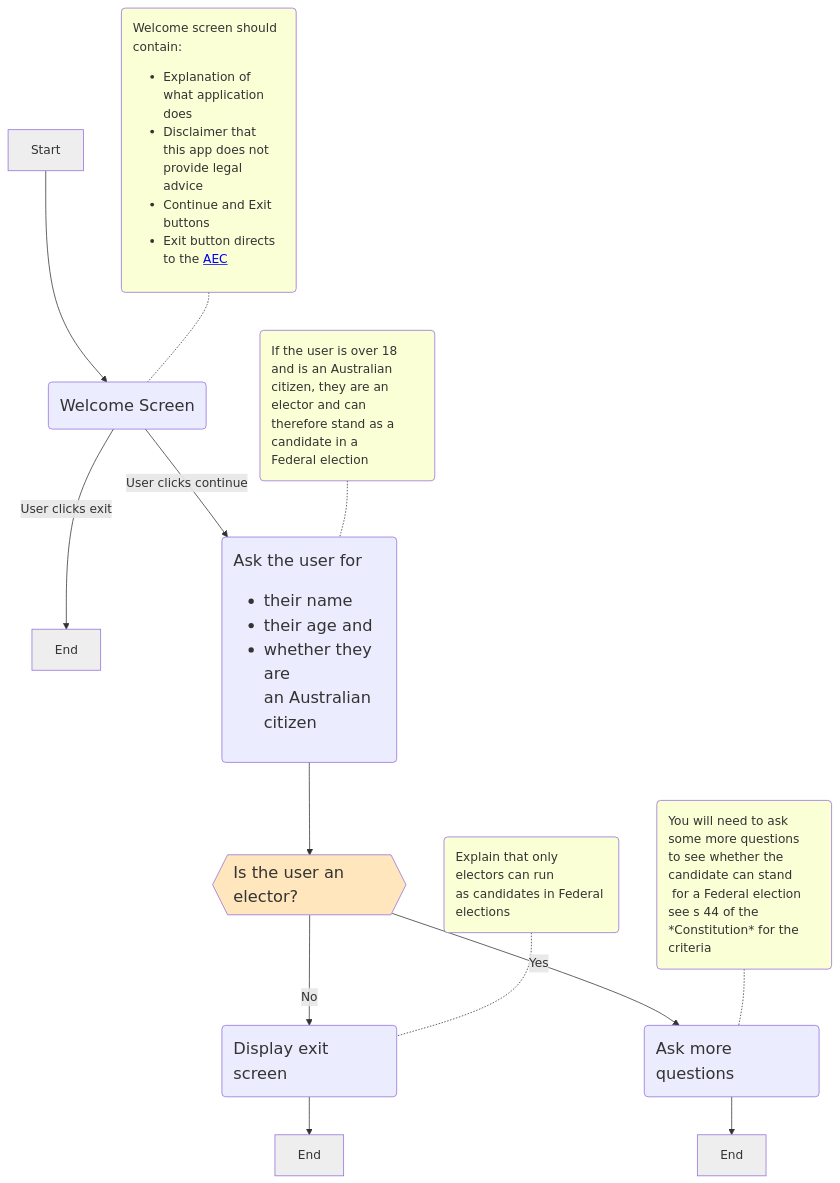
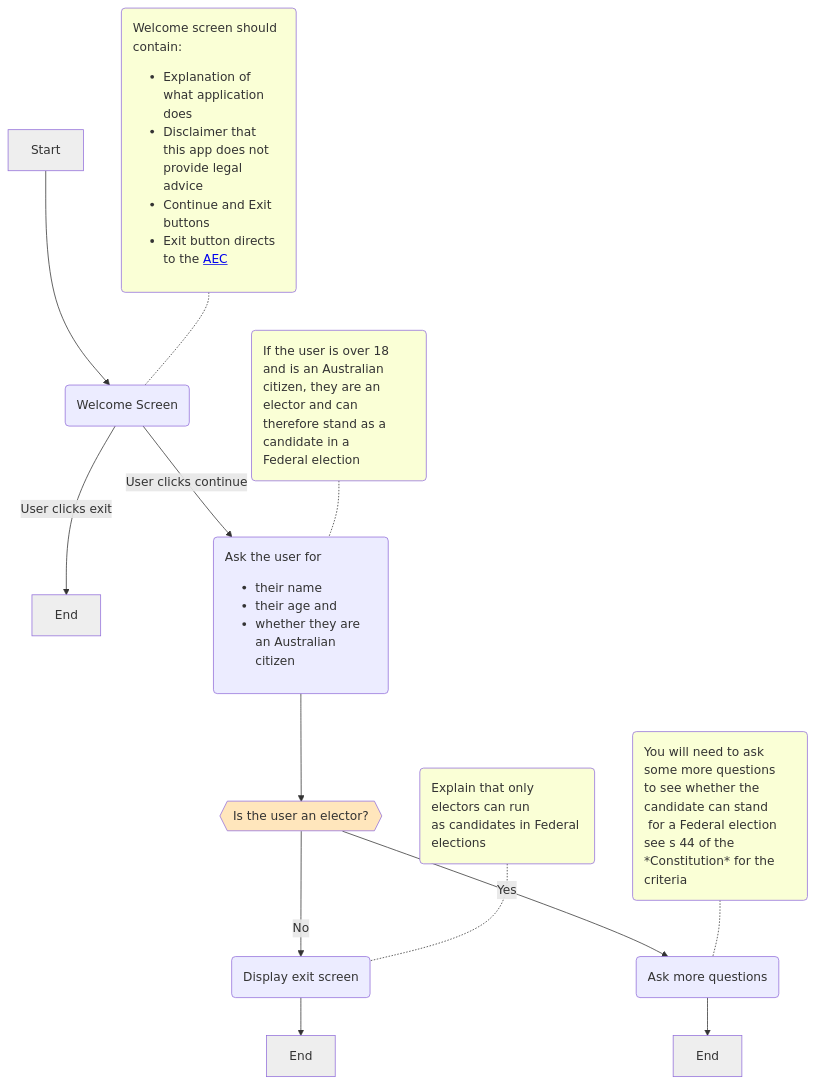
Before and after one commit to FlindersLaw/textbook: the diagram in textbook-source/docs/coding_exercises/_ex1h.mdx, drawn with Mermaid. The commit also changed 3 other files, not shown here.

````diff
--- a/textbook-source/docs/coding_exercises/_ex1h.mdx
+++ b/textbook-source/docs/coding_exercises/_ex1h.mdx
@@ -9,39 +9,38 @@
 ```mermaid
 flowchart TD;
     id0[Start]
     id0 --> id1(Welcome Screen)
     id1 -- User clicks exit --> id2[End]
     id1 -- User clicks continue --> id3(Ask the user for<ul><li>their name</li><li>their age and</li><li>whether they are<br>an Australian citizen</li></ul>)
     id3 --> id4{{Is the user an elector?}}
     id4 -- No --> id5(Display exit screen)
     id5 --> id6[End]
     id4 -- Yes --> id7(Ask more questions)
     id7 --> id8[End]
 
     %% Define the comments here and then assign them below
     co1(Welcome screen should contain:<ul><li>Explanation of what application does</li><li>Disclaimer that this app does not<br>provide legal advice</li><li>Continue and Exit buttons</li><li>Exit button directs to the <a href="https://aec.gov.au">AEC</a></li></ul>)
     co2(If the user is over 18 and is an Australian<br>citizen, they are an elector and can<br>therefore stand as a candidate in a<br>Federal election)
     co3(Explain that only electors can run<br>as candidates in Federal elections) 
     co4(You will need to ask some more questions<br>to see whether the candidate can stand<br> for a Federal election see s 44 of the<br>*Constitution* for the criteria ) 
 
     %% Assign comments to elements in the flowchart
     co1 -.- id1
     co2 -.- id3
     co3 -.- id5
     co4 -.- id7
 
     %% Define styles for flowchart items.  We want to make comments yellow
     %% and have a larger font size for regular items
     classDef commentClass fill:#faffd6,text-align:left
     classDef questionClass fill:#ffe6bc
     classDef boundaryClass fill:#eeeeee,text-fill-color:#fff
     classDef itemClass font-size:16pt
-    classDef leftListClass text-align:left,font-size: 16pt;
+    classDef leftListClass text-align:left
 
     %% Then assign flowchart items to styles here
     class co1,co2,co3,co4 commentClass; 
     class id4 questionClass
     class id0,id2,id6,id8 boundaryClass
     class id3 leftListClass
-    class id1,id4,id5,id7 leftListClass
 ```
````
